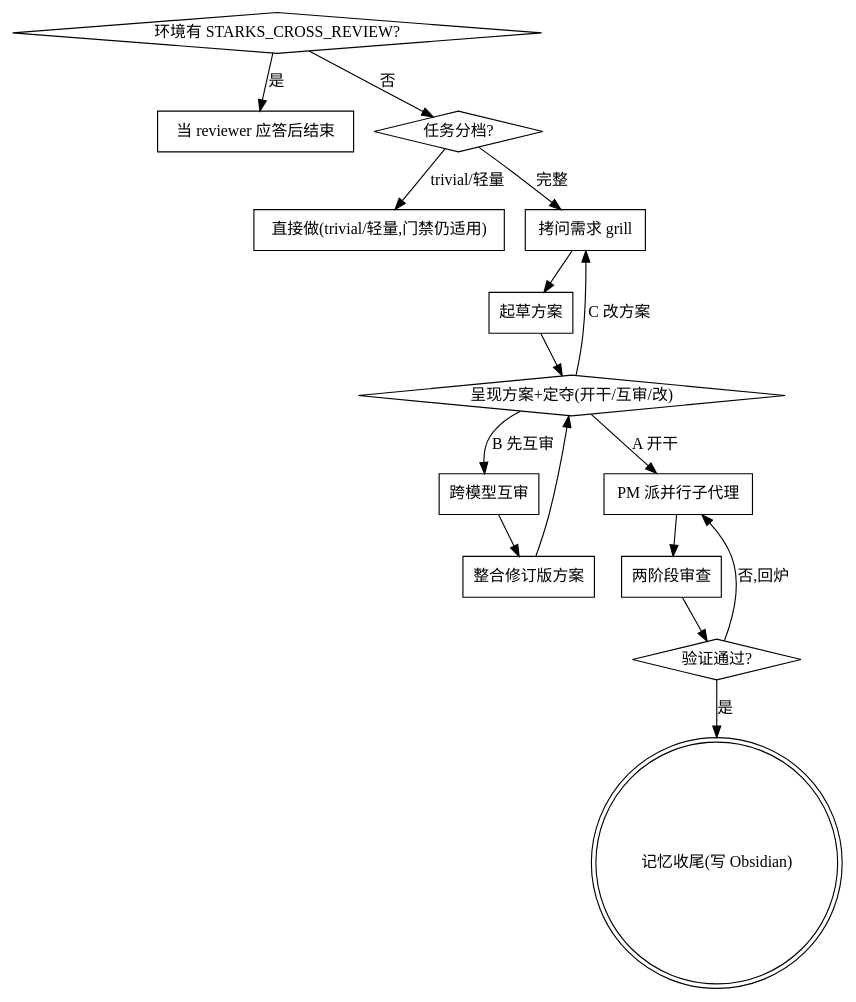
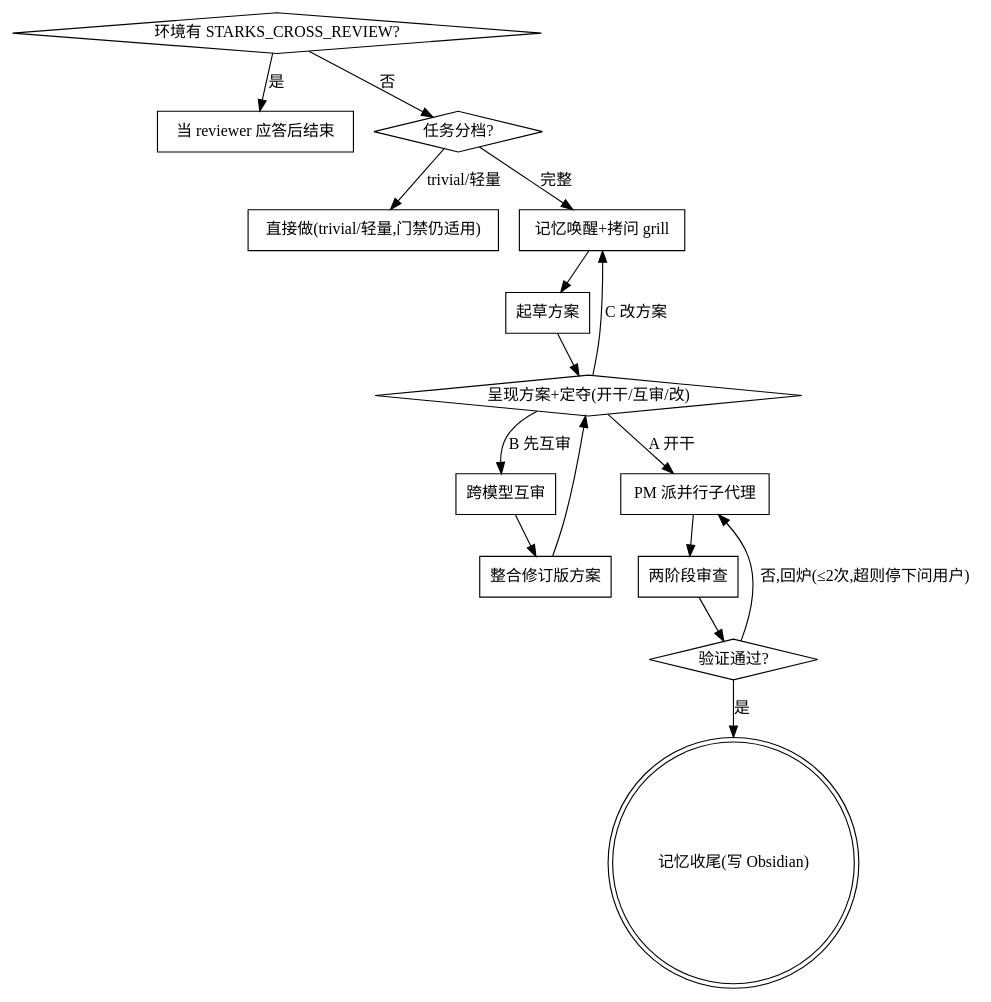
The diagram in SKILL.md (uniStark/starks_skill), drawn with Graphviz before and after one commit. The commit also changed other lines of this file and 8 other files, not shown here.

````diff
--- a/SKILL.md
+++ b/SKILL.md
@@ -72,33 +72,33 @@
 ```dot
 digraph starks {
     "环境有 STARKS_CROSS_REVIEW?" [shape=diamond];
     "当 reviewer 应答后结束" [shape=box];
     "任务分档?" [shape=diamond];
     "直接做(trivial/轻量,门禁仍适用)" [shape=box];
-    "拷问需求 grill" [shape=box];
+    "记忆唤醒+拷问 grill" [shape=box];
     "起草方案" [shape=box];
     "呈现方案+定夺(开干/互审/改)" [shape=diamond];
     "跨模型互审" [shape=box];
     "整合修订版方案" [shape=box];
     "PM 派并行子代理" [shape=box];
     "两阶段审查" [shape=box];
     "验证通过?" [shape=diamond];
     "记忆收尾(写 Obsidian)" [shape=doublecircle];
 
     "环境有 STARKS_CROSS_REVIEW?" -> "当 reviewer 应答后结束" [label="是"];
     "环境有 STARKS_CROSS_REVIEW?" -> "任务分档?" [label="否"];
     "任务分档?" -> "直接做(trivial/轻量,门禁仍适用)" [label="trivial/轻量"];
-    "任务分档?" -> "拷问需求 grill" [label="完整"];
-    "拷问需求 grill" -> "起草方案";
+    "任务分档?" -> "记忆唤醒+拷问 grill" [label="完整"];
+    "记忆唤醒+拷问 grill" -> "起草方案";
     "起草方案" -> "呈现方案+定夺(开干/互审/改)";
     "呈现方案+定夺(开干/互审/改)" -> "跨模型互审" [label="B 先互审"];
-    "呈现方案+定夺(开干/互审/改)" -> "拷问需求 grill" [label="C 改方案"];
+    "呈现方案+定夺(开干/互审/改)" -> "记忆唤醒+拷问 grill" [label="C 改方案"];
     "呈现方案+定夺(开干/互审/改)" -> "PM 派并行子代理" [label="A 开干"];
     "跨模型互审" -> "整合修订版方案";
     "整合修订版方案" -> "呈现方案+定夺(开干/互审/改)";
     "PM 派并行子代理" -> "两阶段审查";
     "两阶段审查" -> "验证通过?";
-    "验证通过?" -> "PM 派并行子代理" [label="否,回炉"];
+    "验证通过?" -> "PM 派并行子代理" [label="否,回炉(≤2次,超则停下问用户)"];
     "验证通过?" -> "记忆收尾(写 Obsidian)" [label="是"];
 }
 ```
````
